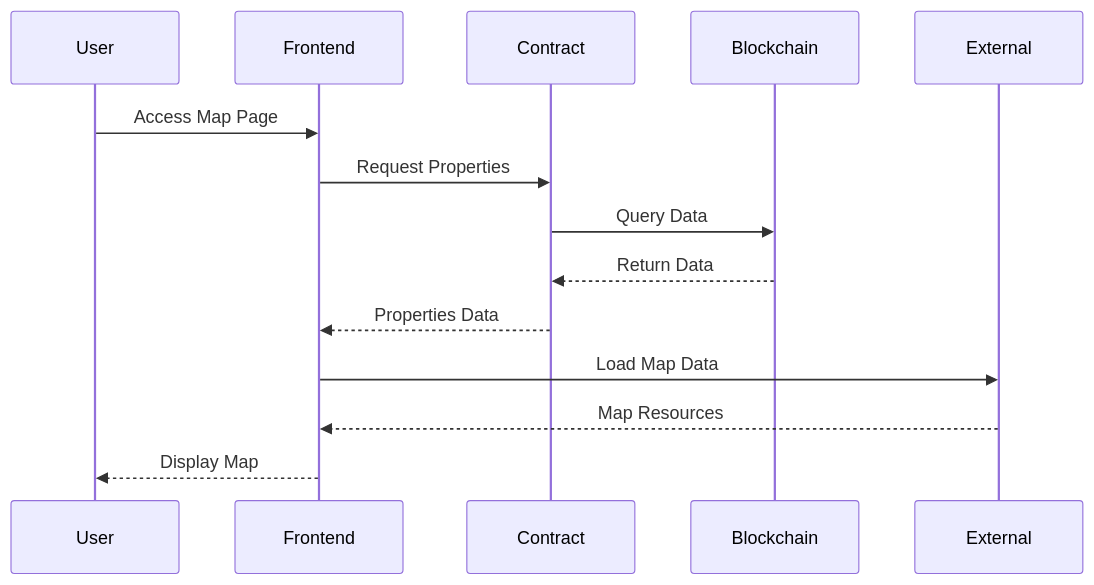
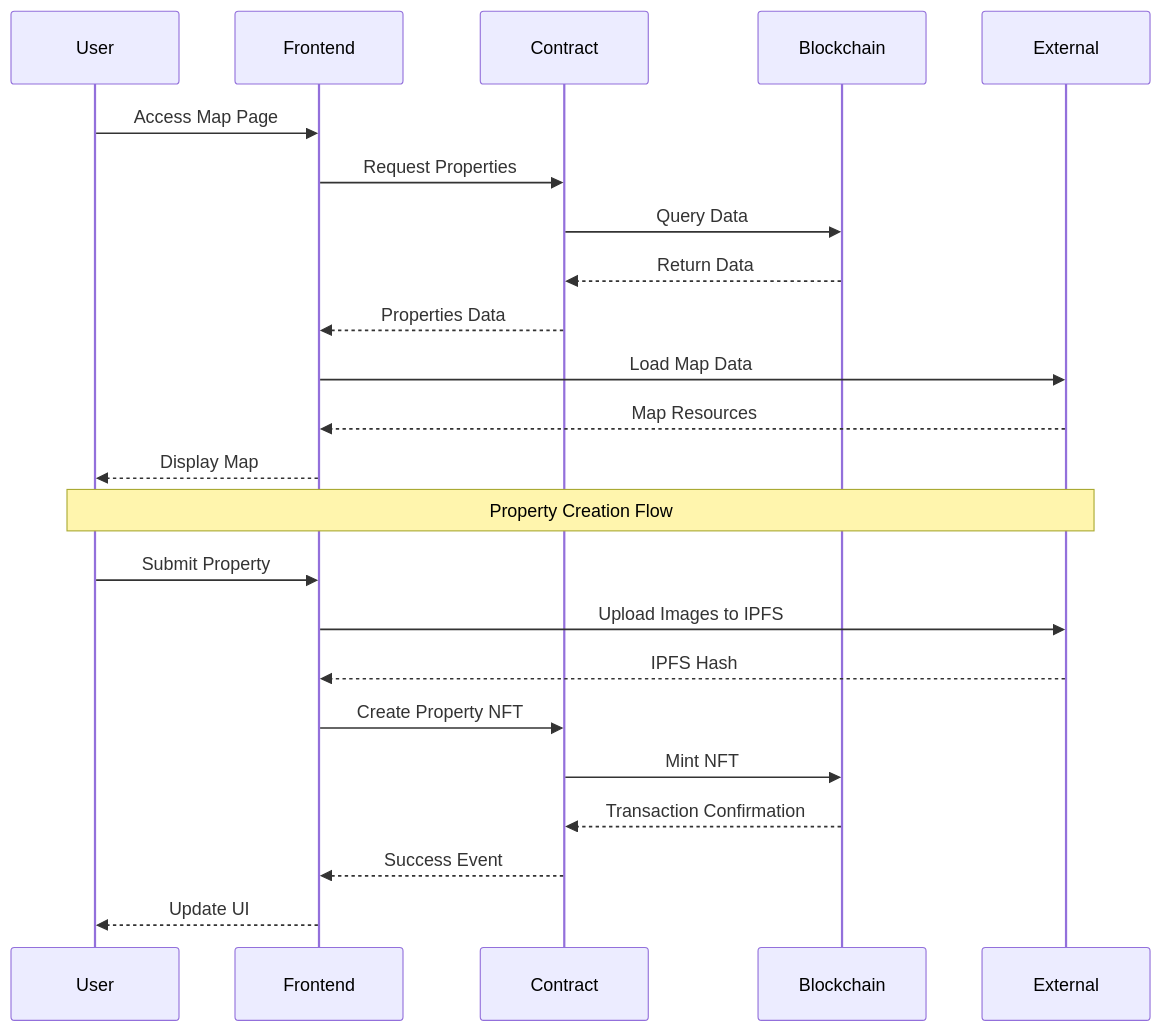
The fourth of 5 diagrams in docs/architecture.md (yosgi/nz-property-nft), drawn with Mermaid before and after one commit. The commit also changed other lines of this file, not shown here.

Commit message:
Revise architecture documentation for Property NFT Platform

````diff
--- a/docs/architecture.md
+++ b/docs/architecture.md
@@ -89,17 +198,27 @@
 ```mermaid
 sequenceDiagram
     participant User
     participant Frontend
     participant Contract
     participant Blockchain
     participant External
 
     User->>Frontend: Access Map Page
     Frontend->>Contract: Request Properties
     Contract->>Blockchain: Query Data
     Blockchain-->>Contract: Return Data
     Contract-->>Frontend: Properties Data
     Frontend->>External: Load Map Data
     External-->>Frontend: Map Resources
     Frontend-->>User: Display Map
+
+    Note over User,External: Property Creation Flow
+    User->>Frontend: Submit Property
+    Frontend->>External: Upload Images to IPFS
+    External-->>Frontend: IPFS Hash
+    Frontend->>Contract: Create Property NFT
+    Contract->>Blockchain: Mint NFT
+    Blockchain-->>Contract: Transaction Confirmation
+    Contract-->>Frontend: Success Event
+    Frontend-->>User: Update UI
 ```
````
